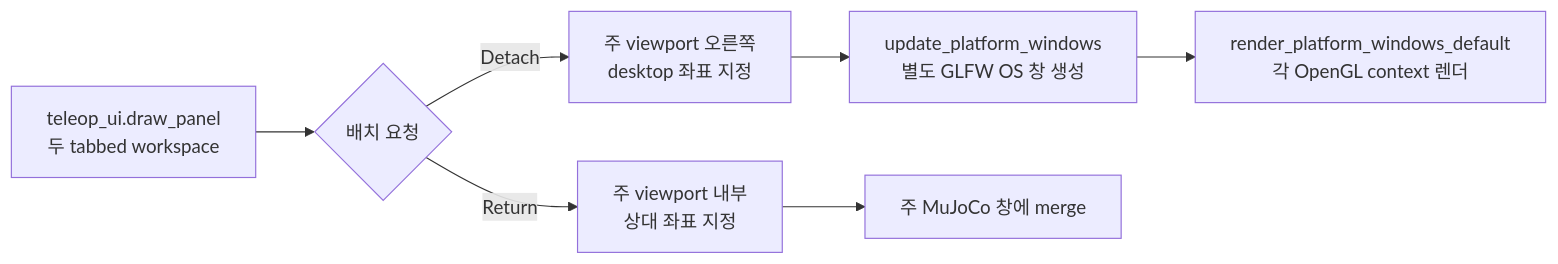
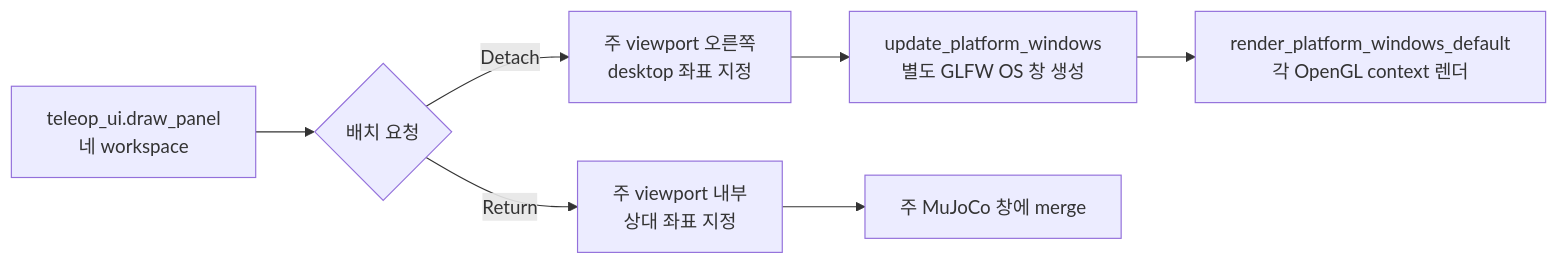
Before and after one commit to ggh-png/ffw-sh5-grasp: the third of 3 diagrams in docs/guide/ros2/09-teleoperation-ui.md, drawn with Mermaid. The commit also changed other lines of this file and 14 other files, not shown here.

````diff
--- a/docs/guide/ros2/09-teleoperation-ui.md
+++ b/docs/guide/ros2/09-teleoperation-ui.md
@@ -158,9 +158,9 @@
 ```mermaid
 flowchart LR
-    U["teleop_ui.draw_panel<br>두 tabbed workspace"] --> D{"배치 요청"}
+    U["teleop_ui.draw_panel<br>네 workspace"] --> D{"배치 요청"}
     D -->|Detach| O["주 viewport 오른쪽<br>desktop 좌표 지정"]
     D -->|Return| I["주 viewport 내부<br>상대 좌표 지정"]
     O --> P["update_platform_windows<br>별도 GLFW OS 창 생성"]
     I --> M["주 MuJoCo 창에 merge"]
     P --> R["render_platform_windows_default<br>각 OpenGL context 렌더"]
 ```
````
